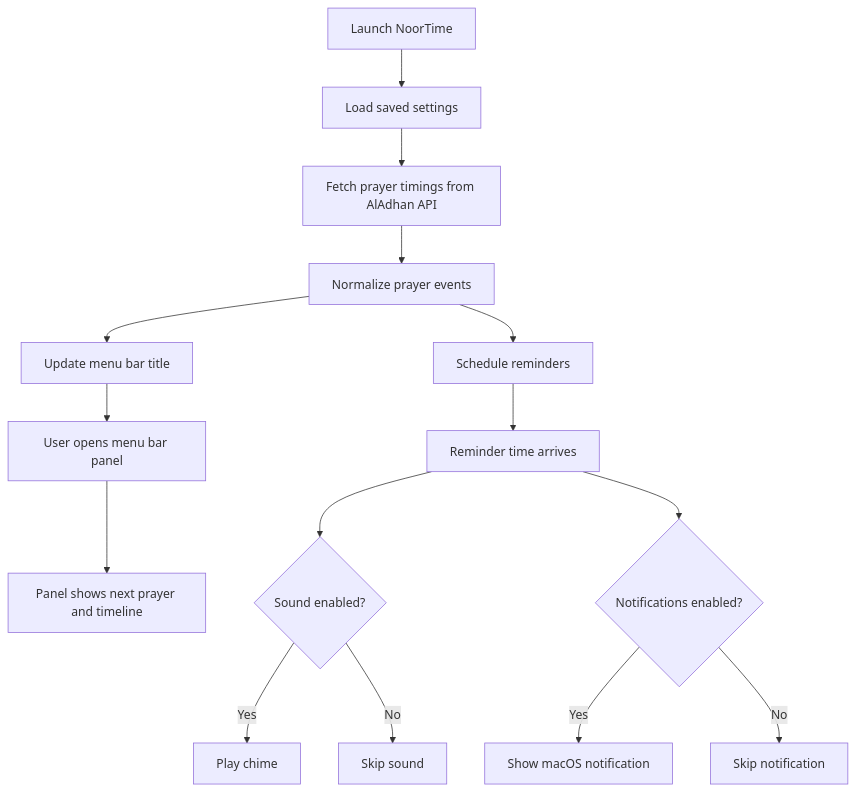
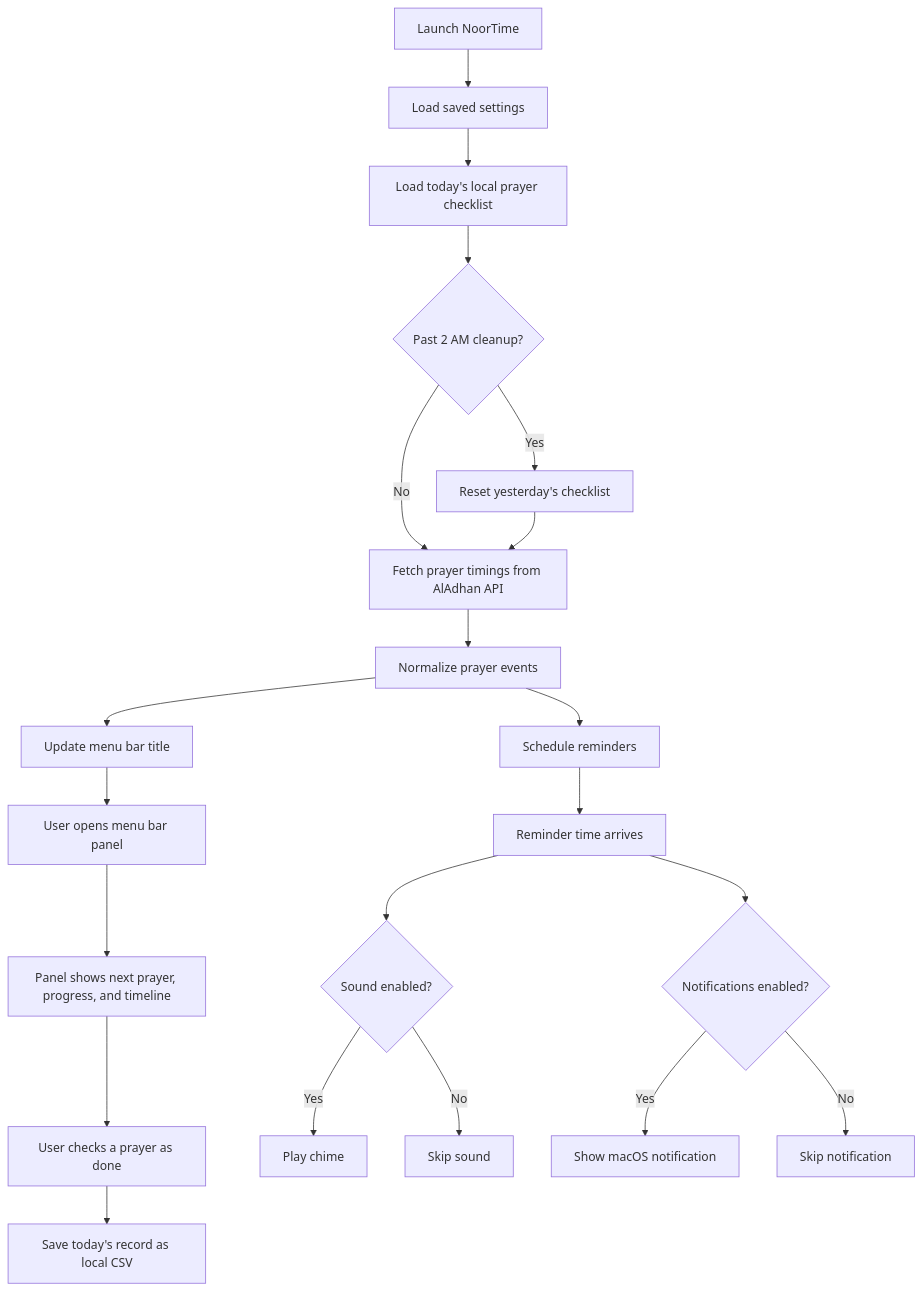
Before and after one commit to BackpackTechWork/NoorTimer: the diagram in README.md, drawn with Mermaid. The commit also changed other lines of this file and 5 other files, not shown here.

Commit message:
Add today prayer checklist and progress tracking features

````diff
--- a/README.md
+++ b/README.md
@@ -100,17 +102,23 @@
 ```mermaid
 flowchart TD
     A["Launch NoorTime"] --> B["Load saved settings"]
-    B --> C["Fetch prayer timings from AlAdhan API"]
+    B --> P["Load today's local prayer checklist"]
+    P --> Q{"Past 2 AM cleanup?"}
+    Q -->|Yes| R["Reset yesterday's checklist"]
+    Q -->|No| C["Fetch prayer timings from AlAdhan API"]
+    R --> C
     C --> D["Normalize prayer events"]
     D --> E["Update menu bar title"]
     D --> F["Schedule reminders"]
     E --> G["User opens menu bar panel"]
-    G --> H["Panel shows next prayer and timeline"]
+    G --> H["Panel shows next prayer, progress, and timeline"]
+    H --> S["User checks a prayer as done"]
+    S --> T["Save today's record as local CSV"]
     F --> I["Reminder time arrives"]
     I --> J{"Sound enabled?"}
     J -->|Yes| K["Play chime"]
     J -->|No| L["Skip sound"]
     I --> M{"Notifications enabled?"}
     M -->|Yes| N["Show macOS notification"]
     M -->|No| O["Skip notification"]
 ```
````
